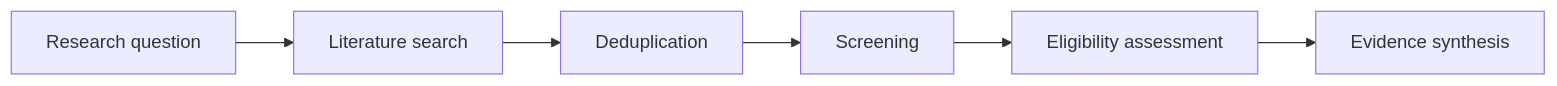
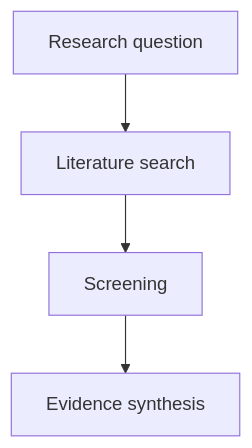
One commit to fs-ise/quarto-template-presentation changed the diagram in template.qmd. Above: the diagram before and after it, drawn with Mermaid.

Commit message:
simplify chart

````diff
--- a/template.qmd
+++ b/template.qmd
@@ -79,8 +79,6 @@
 ```{mermaid}
-flowchart LR
+flowchart TD
     A[Research question] --> B[Literature search]
-    B --> C[Deduplication]
-    C --> D[Screening]
-    D --> E[Eligibility assessment]
-    E --> F[Evidence synthesis]
+    B --> C[Screening]
+    C --> D[Evidence synthesis]
 ```
````
